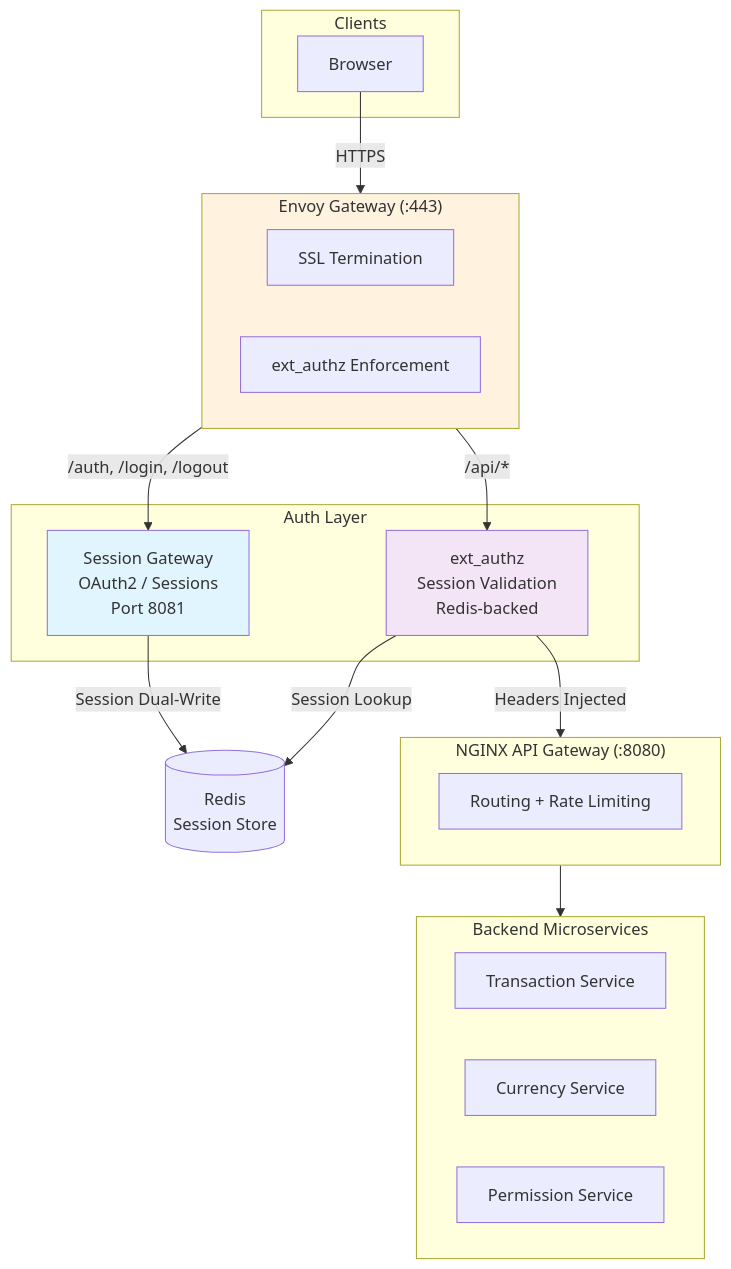
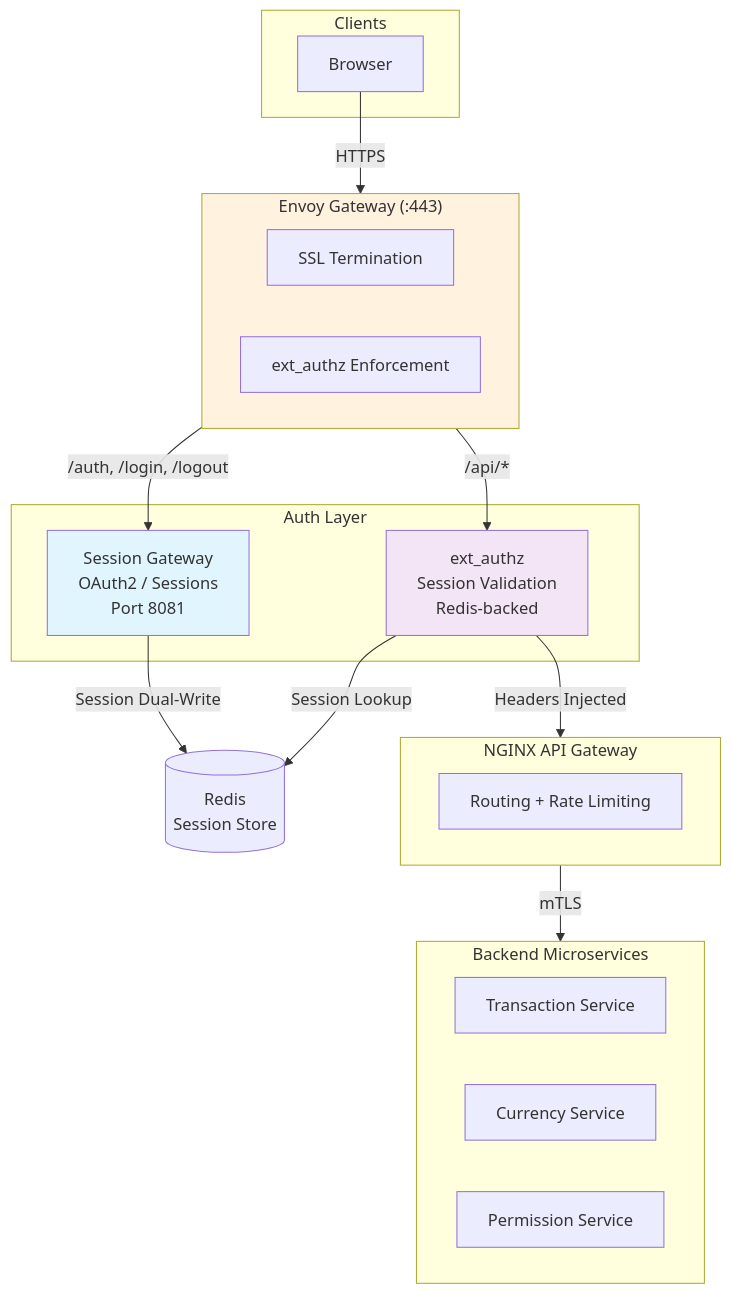
One commit to budgetanalyzer/.github changed the diagram in profile/README.md. Above: the diagram before and after it, drawn with Mermaid. The commit also changed other lines of this file, not shown here.

Commit message:
add mtls

````diff
--- a/profile/README.md
+++ b/profile/README.md
@@ -64,42 +64,42 @@
 ```mermaid
 flowchart TB
     subgraph Clients
         Browser[Browser]
     end
 
     subgraph Gateway["Envoy Gateway (:443)"]
         direction LR
         SSL[SSL Termination]
         EXT[ext_authz Enforcement]
     end
 
     subgraph Auth["Auth Layer"]
         SG[Session Gateway<br/>OAuth2 / Sessions<br/>Port 8081]
         EA[ext_authz<br/>Session Validation<br/>Redis-backed]
     end
 
-    subgraph Routing["NGINX API Gateway (:8080)"]
+    subgraph Routing["NGINX API Gateway"]
         direction LR
         ROUTE[Routing + Rate Limiting]
     end
 
     subgraph Services["Backend Microservices"]
         TS[Transaction Service]
         CS[Currency Service]
         PS[Permission Service]
     end
 
     Redis[(Redis<br/>Session Store)]
 
     Browser -->|HTTPS| Gateway
     Gateway -->|/auth, /login, /logout| SG
     Gateway -->|/api/*| EA
     SG -->|Session Dual-Write| Redis
     EA -->|Session Lookup| Redis
     EA -->|Headers Injected| Routing
-    Routing --> Services
+    Routing -->|mTLS| Services
 
     style SG fill:#e1f5fe
     style EA fill:#f3e5f5
     style Gateway fill:#fff3e0
 ```
````
